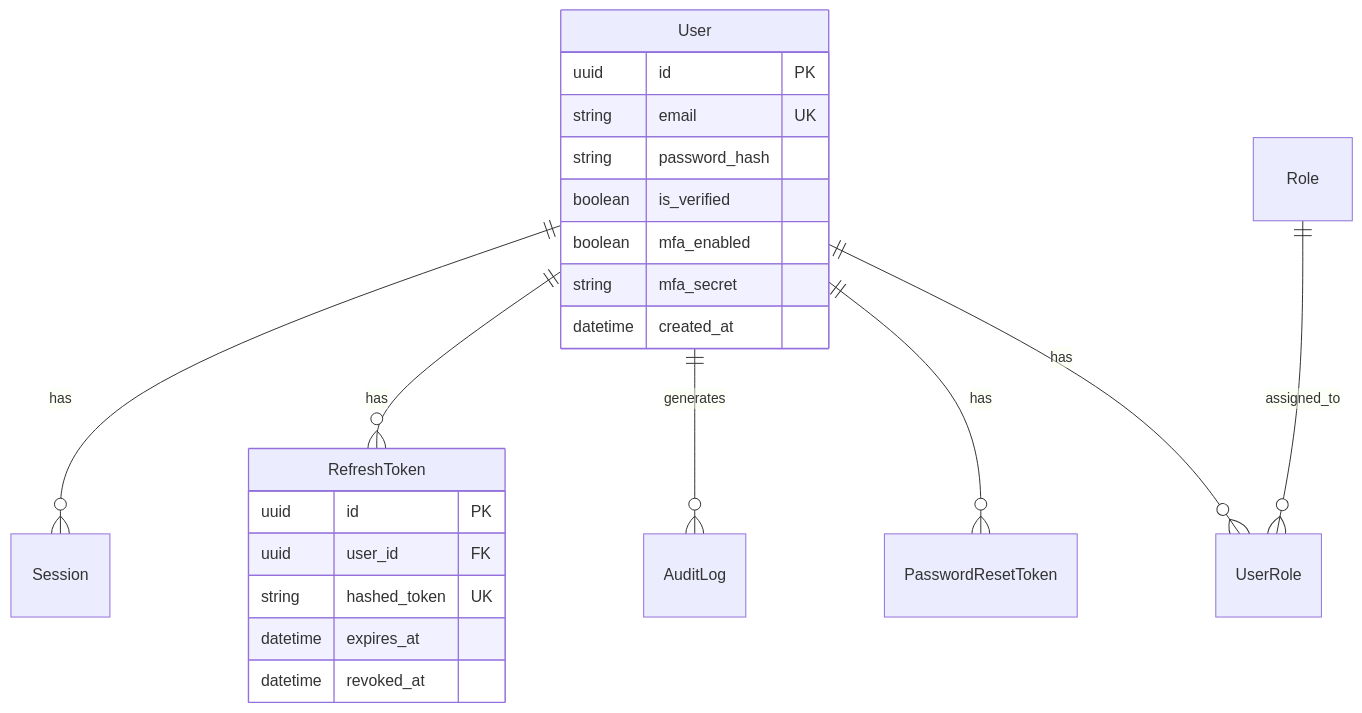
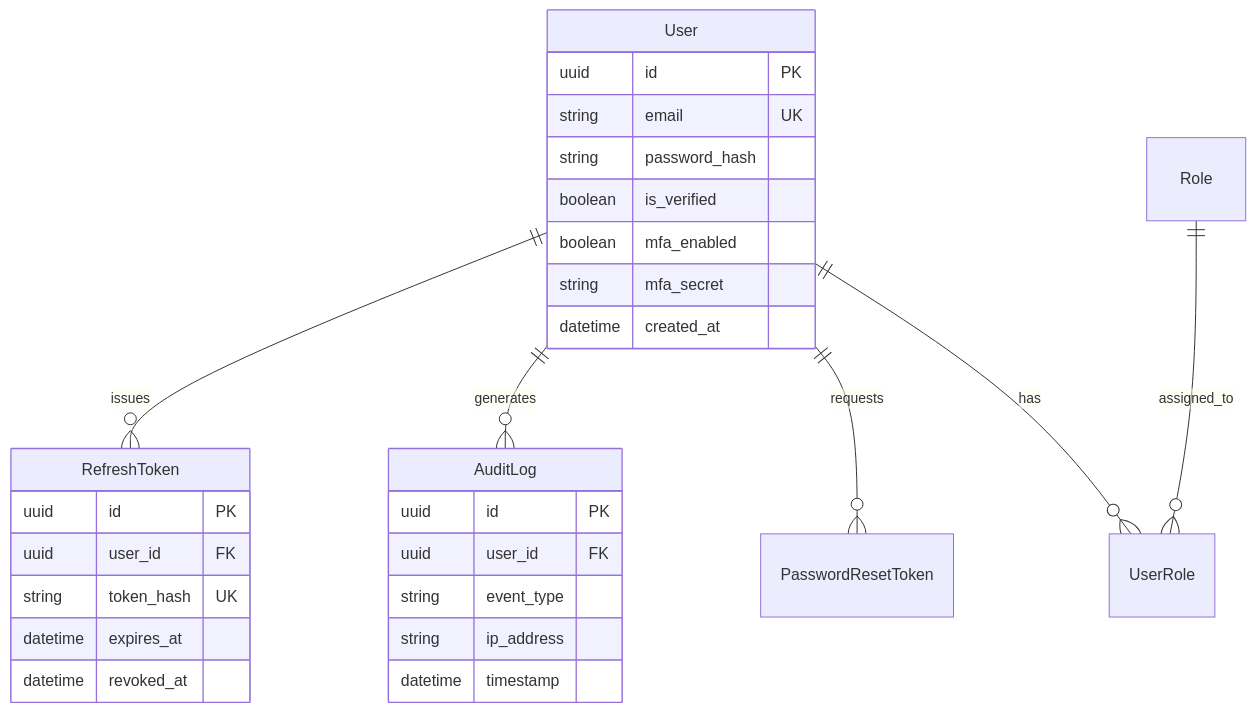
One commit to Enggvault/Full-stack changed the sixth of 6 diagrams in 09-authentication/notes.md. Above: the diagram before and after it, drawn with Mermaid. The commit also changed other lines of this file and 1 other file, not shown here.

````diff
--- a/09-authentication/notes.md
+++ b/09-authentication/notes.md
@@ -496,27 +633,34 @@
 ```mermaid
 erDiagram
-    User ||--o{ Session : has
-    User ||--o{ RefreshToken : has
+    User ||--o{ RefreshToken : issues
     User ||--o{ AuditLog : generates
-    User ||--o{ PasswordResetToken : has
+    User ||--o{ PasswordResetToken : requests
     Role ||--o{ UserRole : assigned_to
     User ||--o{ UserRole : has
     
     User {
         uuid id PK
         string email UK
         string password_hash
         boolean is_verified
         boolean mfa_enabled
         string mfa_secret
         datetime created_at
     }
     
     RefreshToken {
         uuid id PK
         uuid user_id FK
-        string hashed_token UK
+        string token_hash UK
         datetime expires_at
         datetime revoked_at
     }
+    
+    AuditLog {
+        uuid id PK
+        uuid user_id FK
+        string event_type
+        string ip_address
+        datetime timestamp
+    }
 ```
````
